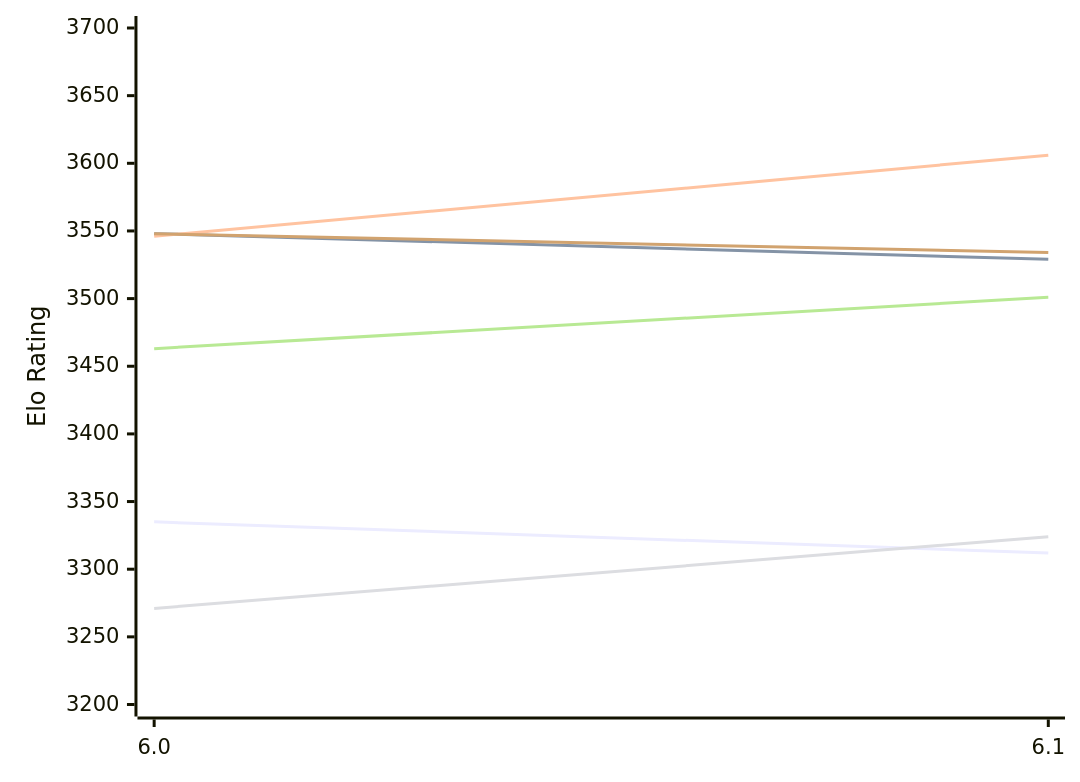
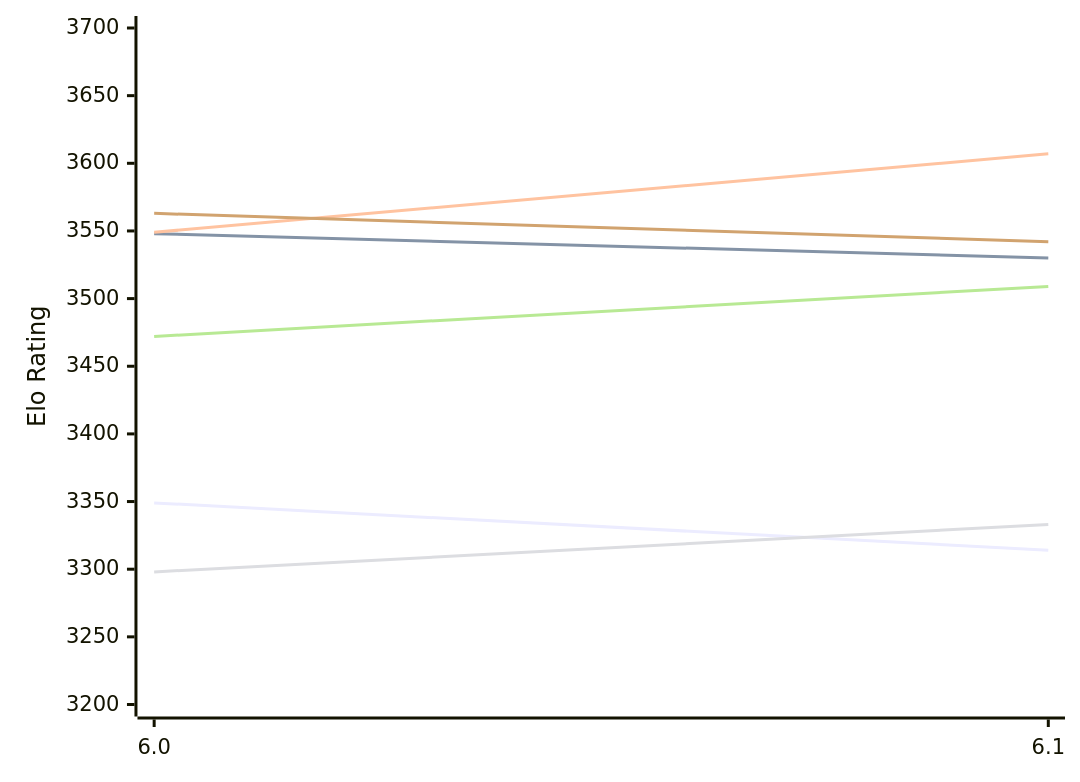
One commit to computer-chess-index/cci changed the first of 2 diagrams in engines/Starzix.md. Above: the diagram before and after it, drawn with Mermaid. The commit also changed other lines of this file, not shown here.

Commit message:
Update CCI Ratings (ELO VLTC) - 2026-11-25

````diff
--- a/engines/Starzix.md
+++ b/engines/Starzix.md
@@ -51,12 +51,12 @@
 ```mermaid
 %%{init: {"theme":"base","themeVariables":{"seriesColors:['#a3a3a3','#222221','#faa371']}}}%%
 xychart-beta
   x-axis ["6.0", "6.1"]
   y-axis "Elo Rating" 3200 --> 3700
-  line "E1: STC (8.0+0.08s)" [3335, 3312]
-  line "E1: LTC (60.0+0.60s)" [3548, 3529]
-  line "E1: VLTC (2m24s+1.12s)" [3546, 3606]
-  line "P1: STC (8.0+0.08s)" [3271, 3324]
-  line "P1: LTC (60.0+0.60s)" [3463, 3501]
-  line "P1: VLTC (2m24s+1.12s)" [3548, 3534]
+  line "E1: STC (8.0+0.08s)" [3349, 3314]
+  line "E1: LTC (60.0+0.60s)" [3548, 3530]
+  line "E1: VLTC (2m24s+1.12s)" [3549, 3607]
+  line "P1: STC (8.0+0.08s)" [3298, 3333]
+  line "P1: LTC (60.0+0.60s)" [3472, 3509]
+  line "P1: VLTC (2m24s+1.12s)" [3563, 3542]
 ```
````
